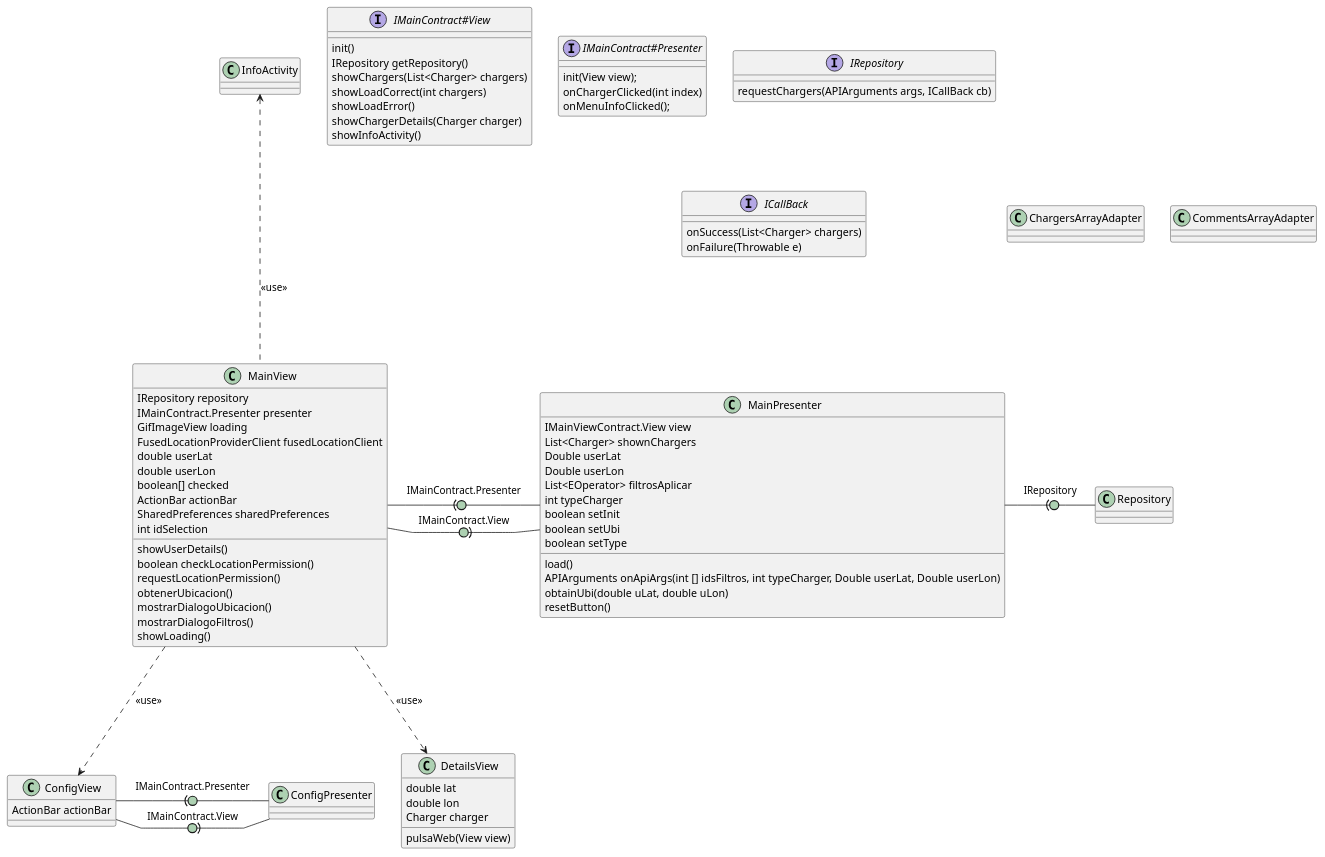
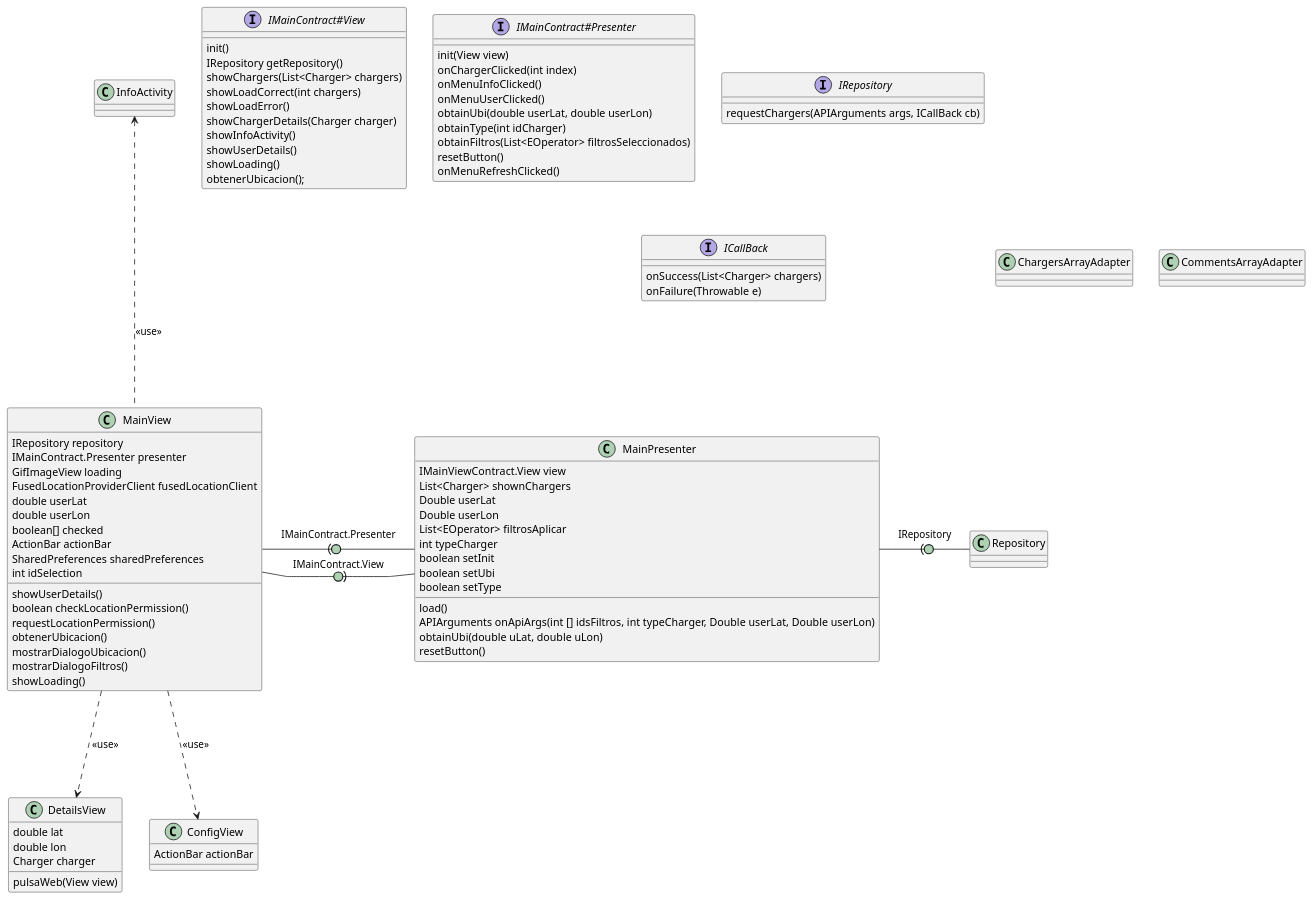
Before and after one commit to isunican/App-CarChargers-Grupo3: the diagram in Docs/Models/arquitectura.puml, drawn with PlantUML. The commit also changed 3 other files, not shown here.

```diff
--- a/Docs/Models/arquitectura.puml
+++ b/Docs/Models/arquitectura.puml
@@ -1,100 +1,108 @@
 @startuml arquitectura
 
 skinparam linetype polyline
 skinparam arrowLollipopColor #ADD1B2
 
 MainView -right(0- MainPresenter : IMainContract.Presenter
 MainView -right0)- MainPresenter : IMainContract.View
 MainView -up..-> InfoActivity : <<use>>
 MainView -down..> DetailsView : <<use>>
 MainView -down..> ConfigView : <<use>>
-ConfigView -right(0- ConfigPresenter : IMainContract.Presenter
-ConfigView -right0)- ConfigPresenter : IMainContract.View
+
 
 MainPresenter -right(0- Repository : IRepository
 
 together {
   interface IMainContract#View
   interface IMainContract#Presenter
   interface IRepository
   interface ICallBack
 }
 
 class MainPresenter {
    IMainViewContract.View view
    List<Charger> shownChargers
    Double userLat
    Double userLon
    List<EOperator> filtrosAplicar
    int typeCharger
    boolean setInit
    boolean setUbi
    boolean setType
    load()
    APIArguments onApiArgs(int [] idsFiltros, int typeCharger, Double userLat, Double userLon) 
    obtainUbi(double uLat, double uLon)
    resetButton()
 }
 
 class MainView {
    IRepository repository
    IMainContract.Presenter presenter
    GifImageView loading
    FusedLocationProviderClient fusedLocationClient
    double userLat
    double userLon
    boolean[] checked
    ActionBar actionBar
    SharedPreferences sharedPreferences
    int idSelection
    showUserDetails()
    boolean checkLocationPermission() 
    requestLocationPermission()
    obtenerUbicacion()
    mostrarDialogoUbicacion()
    mostrarDialogoFiltros()
    showLoading()
 }
 
 class ChargersArrayAdapter {
    
 }
 
 class CommentsArrayAdapter {}
 
 class ConfigView {
    ActionBar actionBar
 }
 class DetailsView {
    double lat
    double lon
    Charger charger
    pulsaWeb(View view)
 }
 
 interface IMainContract#View {
     init()
     IRepository getRepository()
     showChargers(List<Charger> chargers)
     showLoadCorrect(int chargers)
     showLoadError()
     showChargerDetails(Charger charger)
     showInfoActivity()
+    showUserDetails()
+    showLoading()
+    obtenerUbicacion();
 }
 
 interface IMainContract#Presenter {
-   init(View view);
+   init(View view)
    onChargerClicked(int index)
-   onMenuInfoClicked();
+   onMenuInfoClicked()
+   onMenuUserClicked()
+   obtainUbi(double userLat, double userLon)
+   obtainType(int idCharger)
+   obtainFiltros(List<EOperator> filtrosSeleccionados)
+   resetButton()
+   onMenuRefreshClicked()
 }
 
 interface IRepository {
     requestChargers(APIArguments args, ICallBack cb)
 }
 
 interface ICallBack {
     onSuccess(List<Charger> chargers)
     onFailure(Throwable e)
 }
 
 @enduml
```
